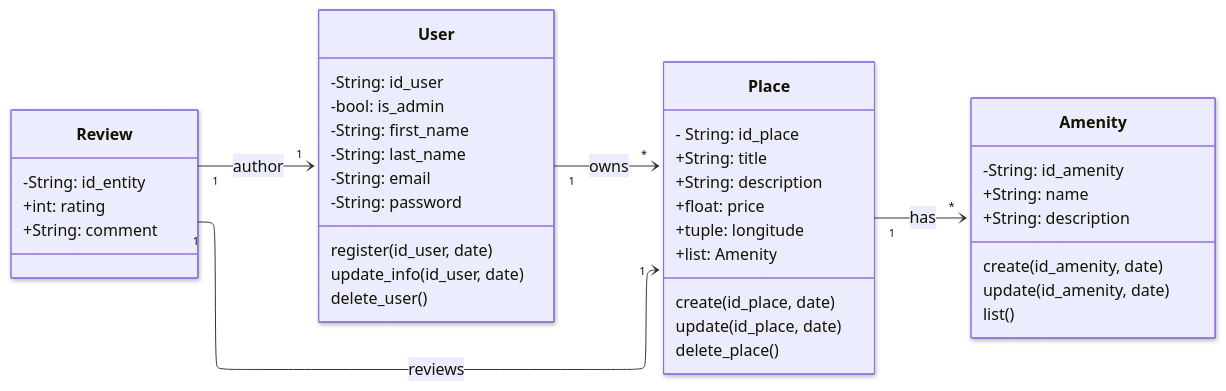
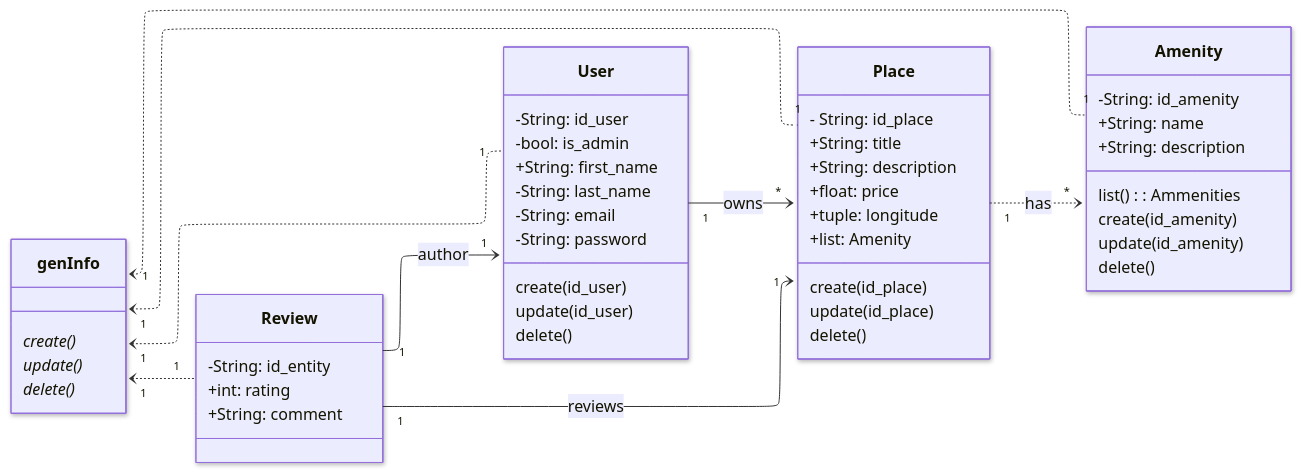
The diagram in part1/class_diagram.mmd (glovek08/holbertonschool-hbnb), drawn with Mermaid before and after one commit.

Commit message:
feat: class diagram

```diff
--- a/part1/class_diagram.mmd
+++ b/part1/class_diagram.mmd
@@ -1,48 +1,58 @@
 ---
 config:
   layout: elk
   look: neo
   theme: default
 ---
 classDiagram
 direction LR
     class Place {
 	    - String: id_place
 	    +String: title
 	    +String: description
 	    +float: price
 	    +tuple: longitude
 	    +list: Amenity
-	    create(id_place, date)
-	    update(id_place, date)
-	    delete_place()
+	    create(id_place)
+	    update(id_place)
+	    delete()
     }
     class Amenity {
 	    -String: id_amenity
 	    +String: name
 	    +String: description
-	    create(id_amenity, date)
-	    update(id_amenity, date)
-	    list()
+	    list(): Ammenities
+	    create(id_amenity)
+	    update(id_amenity)
+		delete()
     }
     class User {
 	    -String: id_user
 	    -bool: is_admin
-	    -String: first_name
+	    +String: first_name
 	    -String: last_name
 	    -String: email
 	    -String: password
-	    register(id_user, date)
-	    update_info(id_user, date)
-	    delete_user()
+	    create(id_user)
+	    update(id_user)
+	    delete()
     }
     class Review {
 	    -String: id_entity
 	    +int: rating
 	    +String: comment
     }
+	class genInfo {
+		create()*
+		update()*
+		delete()*
+	}
 
     Review "1" --> "1" User : author
     Review "1" --> "1" Place : reviews
-    Place "1" --> "*" Amenity : has
+    Place "1" ..> "*" Amenity : has
     User "1" --> "*" Place : owns
+	genInfo "1" <.. "1" User
+	genInfo "1" <.. "1" Place
+	genInfo "1" <.. "1" Amenity
+	genInfo "1" <.. "1" Review
```
